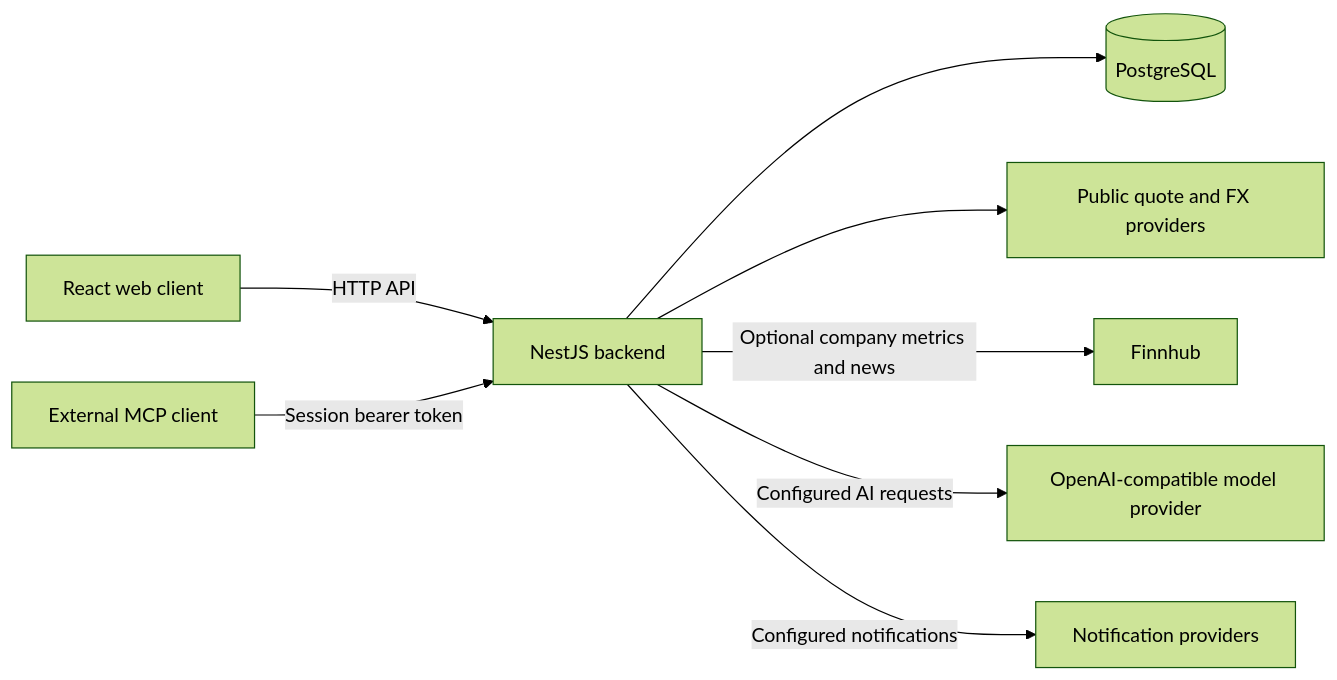
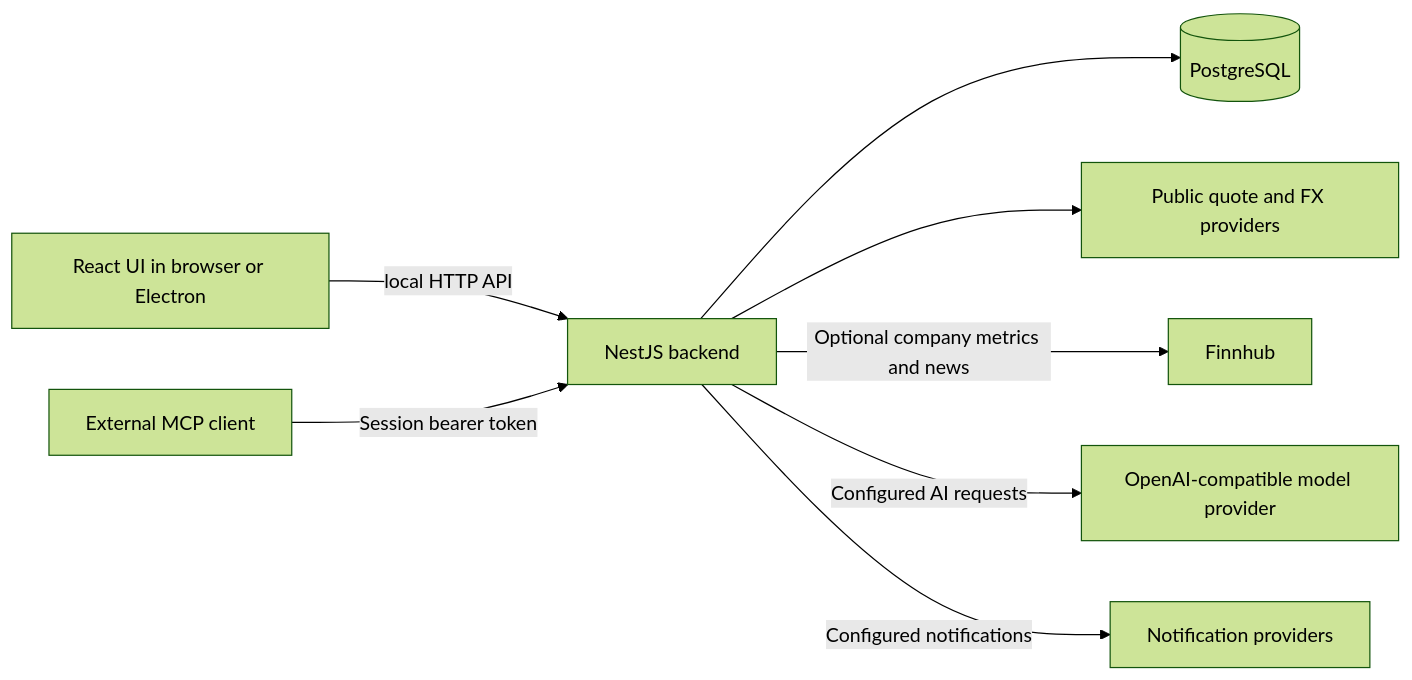
One commit to Lueyu/daily-portfolio-analysis changed the diagram in docs/architecture.md. Above: the diagram before and after it, drawn with Mermaid (forest theme). The commit also changed other lines of this file and 53 other files, not shown here.

````diff
--- a/docs/architecture.md
+++ b/docs/architecture.md
@@ -13,10 +15,10 @@
 ```mermaid
 flowchart LR
-    Browser[React web client] -->|HTTP API| Backend[NestJS backend]
+    UI[React UI in browser or Electron] -->|local HTTP API| Backend[NestJS backend]
     Backend --> Database[(PostgreSQL)]
     Backend --> Quotes[Public quote and FX providers]
     Backend -->|Optional company metrics and news| Finnhub[Finnhub]
     Backend -->|Configured AI requests| Model[OpenAI-compatible model provider]
     Backend -->|Configured notifications| Notify[Notification providers]
     External[External MCP client] -->|Session bearer token| Backend
 ```
````
